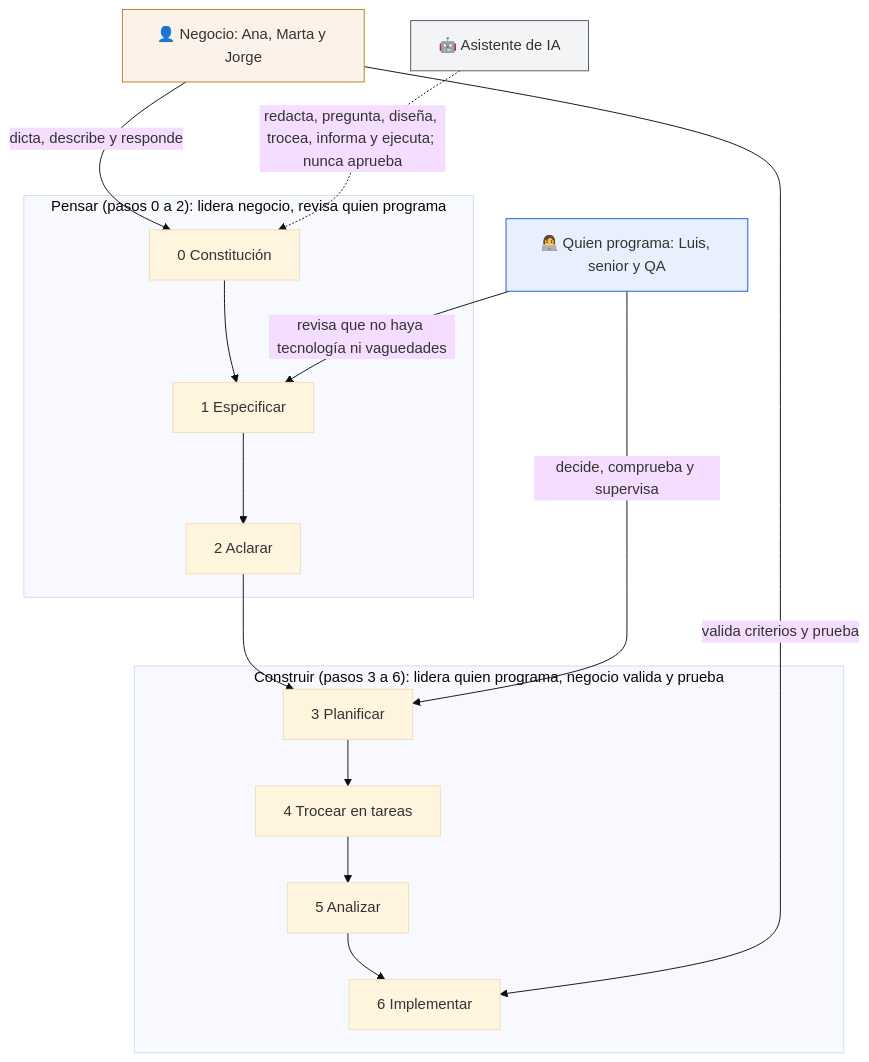
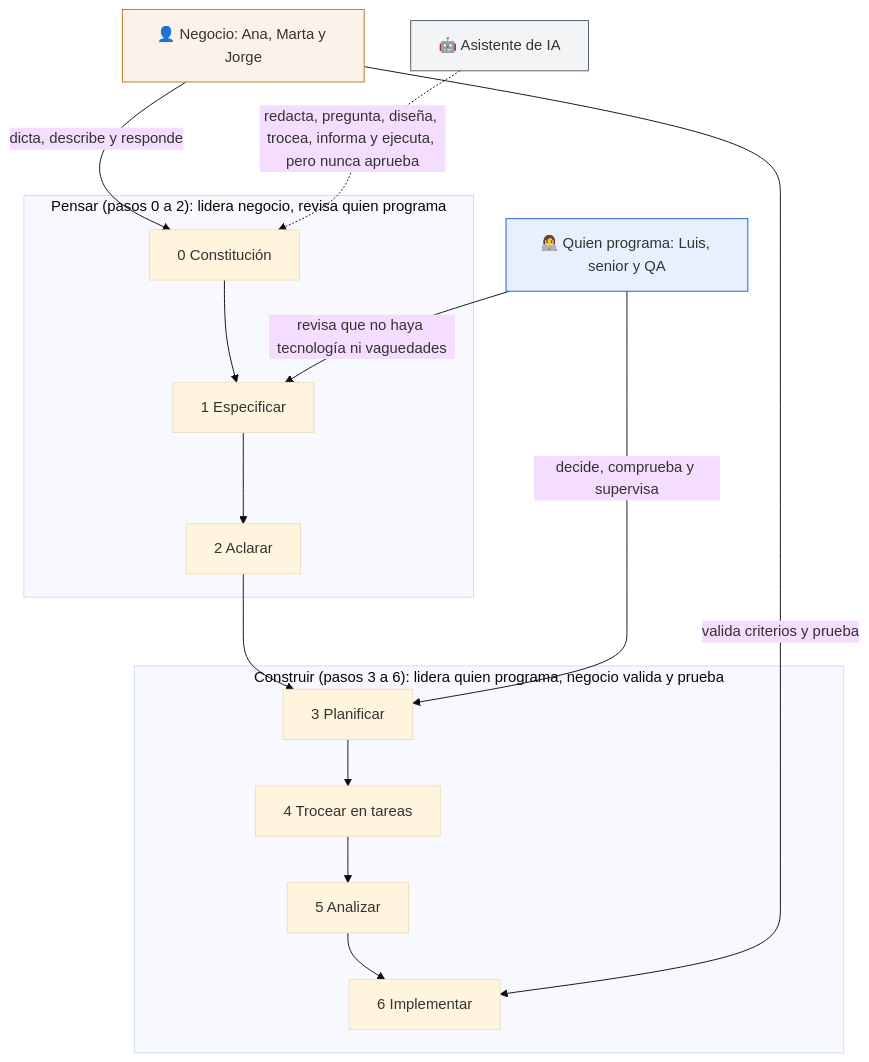
The diagram in docs/06-roles-quien-hace-que.md (antroc/charla-sdd), drawn with Mermaid (base theme) before and after one commit. The commit also changed other lines of this file and 8 other files, not shown here.

````diff
--- a/docs/06-roles-quien-hace-que.md
+++ b/docs/06-roles-quien-hace-que.md
@@ -35,24 +35,24 @@
 ```mermaid
 flowchart TD
   N["👤 Negocio: Ana, Marta y Jorge"]
   D["👩‍💻 Quien programa: Luis, senior y QA"]
   A["🤖 Asistente de IA"]
   subgraph pensar ["Pensar (pasos 0 a 2): lidera negocio, revisa quien programa"]
     s0["0 Constitución"] --> s1["1 Especificar"] --> s2["2 Aclarar"]
   end
   subgraph construir ["Construir (pasos 3 a 6): lidera quien programa, negocio valida y prueba"]
     s3["3 Planificar"] --> s4["4 Trocear en tareas"] --> s5["5 Analizar"] --> s6["6 Implementar"]
   end
   s2 --> s3
   N -->|"dicta, describe y responde"| s0
   D -->|"revisa que no haya tecnología ni vaguedades"| s1
   D -->|"decide, comprueba y supervisa"| s3
   N -->|"valida criterios y prueba"| s6
-  A -.->|"redacta, pregunta, diseña, trocea, informa y ejecuta; nunca aprueba"| s0
+  A -.->|"redacta, pregunta, diseña, trocea, informa y ejecuta, pero nunca aprueba"| s0
   classDef negocio fill:#FDF2E9,stroke:#B7791F;
   classDef dev fill:#E8F0FE,stroke:#1A56DB;
   classDef ia fill:#F3F4F6,stroke:#4B5563;
   class N negocio;
   class D dev;
   class A ia;
 ```
````
